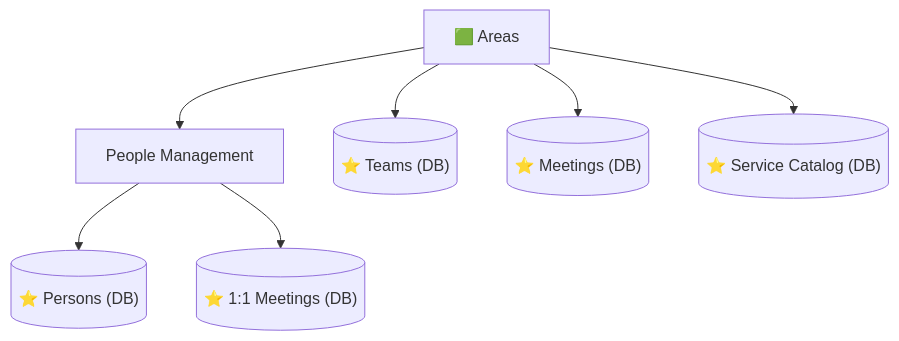
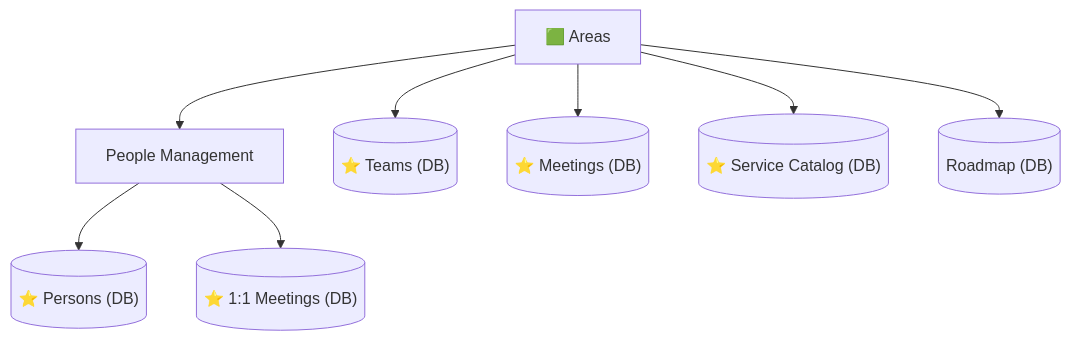
Before and after one commit to dcop7/tips_and_guides: the fifth of 7 diagrams in workflow/personal_productivity_system.md, drawn with Mermaid. The commit also changed other lines of this file, not shown here.

````diff
--- a/workflow/personal_productivity_system.md
+++ b/workflow/personal_productivity_system.md
@@ -216,9 +218,10 @@
 ```mermaid
 graph TD
     Areas["🟩 Areas"] --> PM["People Management"]
     Areas --> Teams[("⭐ Teams (DB)")]
     Areas --> Meetings[("⭐ Meetings (DB)")]
     Areas --> SC[("⭐ Service Catalog (DB)")]
+    Areas --> RM[("Roadmap (DB)")]
     PM --> Persons[("⭐ Persons (DB)")]
     PM --> OneOnOne[("⭐ 1:1 Meetings (DB)")]
 ```
````
